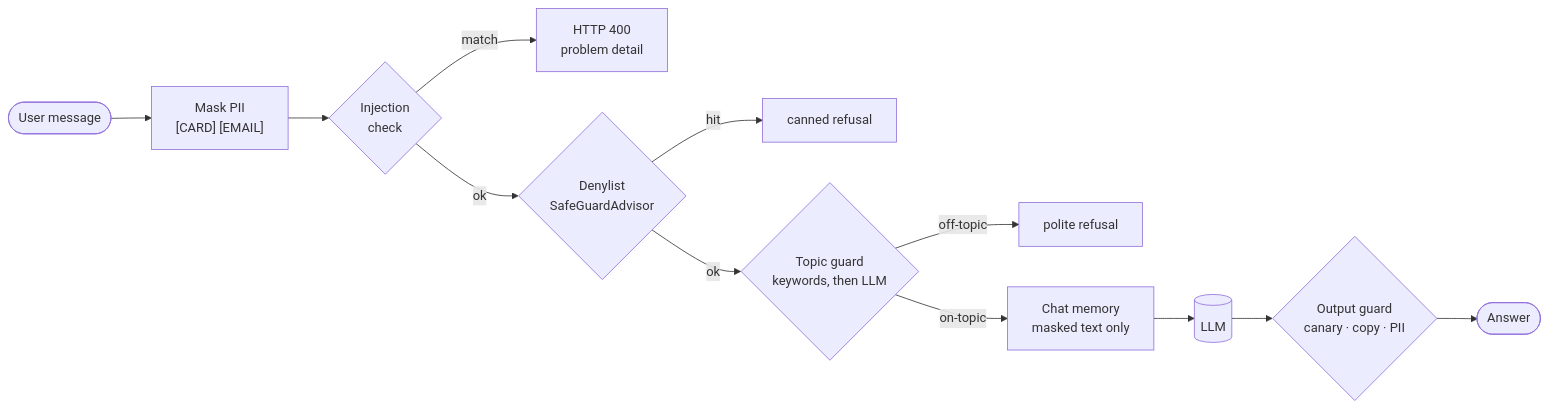
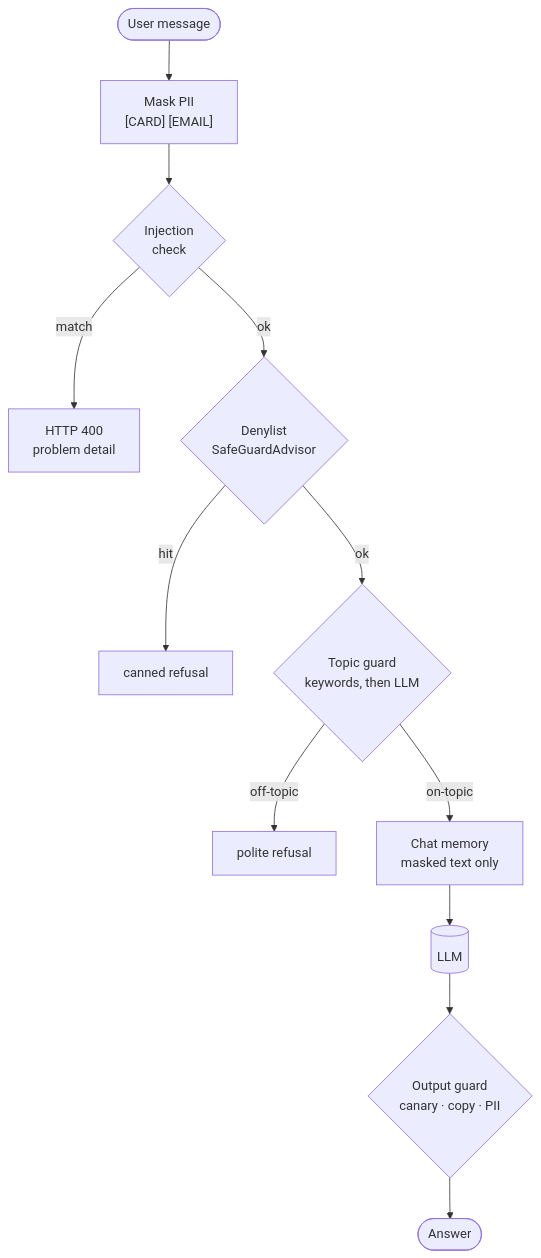
One commit to VimalKmr250/ai-concepts-demo changed the second of 12 diagrams in docs/CONCEPTS.md. Above: the diagram before and after it, drawn with Mermaid. The commit also changed other lines of this file and 1 other file, not shown here.

First line of the commit message:
Make Mermaid diagrams readable on GitHub

````diff
--- a/docs/CONCEPTS.md
+++ b/docs/CONCEPTS.md
@@ -121,10 +123,10 @@
 ```mermaid
-flowchart LR
-    U([User message]) --> P["Mask PII<br/>[CARD] [EMAIL]"] --> I{"Injection<br/>check"}
-    I -- match --> X1["HTTP 400<br/>problem detail"]
-    I -- ok --> D{"Denylist<br/>SafeGuardAdvisor"}
-    D -- hit --> X2["canned refusal"]
-    D -- ok --> T{"Topic guard<br/>keywords, then LLM"}
-    T -- off-topic --> X3["polite refusal"]
-    T -- on-topic --> M["Chat memory<br/>masked text only"] --> L[("LLM")] --> O{"Output guard<br/>canary · copy · PII"} --> A([Answer])
+flowchart TB
+  U([User message]) --> P["Mask PII<br/>[CARD] [EMAIL]"] --> I{"Injection<br/>check"}
+  I -- match --> X1["HTTP 400<br/>problem detail"]
+  I -- ok --> D{"Denylist<br/>SafeGuardAdvisor"}
+  D -- hit --> X2["canned refusal"]
+  D -- ok --> T{"Topic guard<br/>keywords, then LLM"}
+  T -- off-topic --> X3["polite refusal"]
+  T -- on-topic --> M["Chat memory<br/>masked text only"] --> L[("LLM")] --> O{"Output guard<br/>canary · copy · PII"} --> A([Answer])
 ```
````
